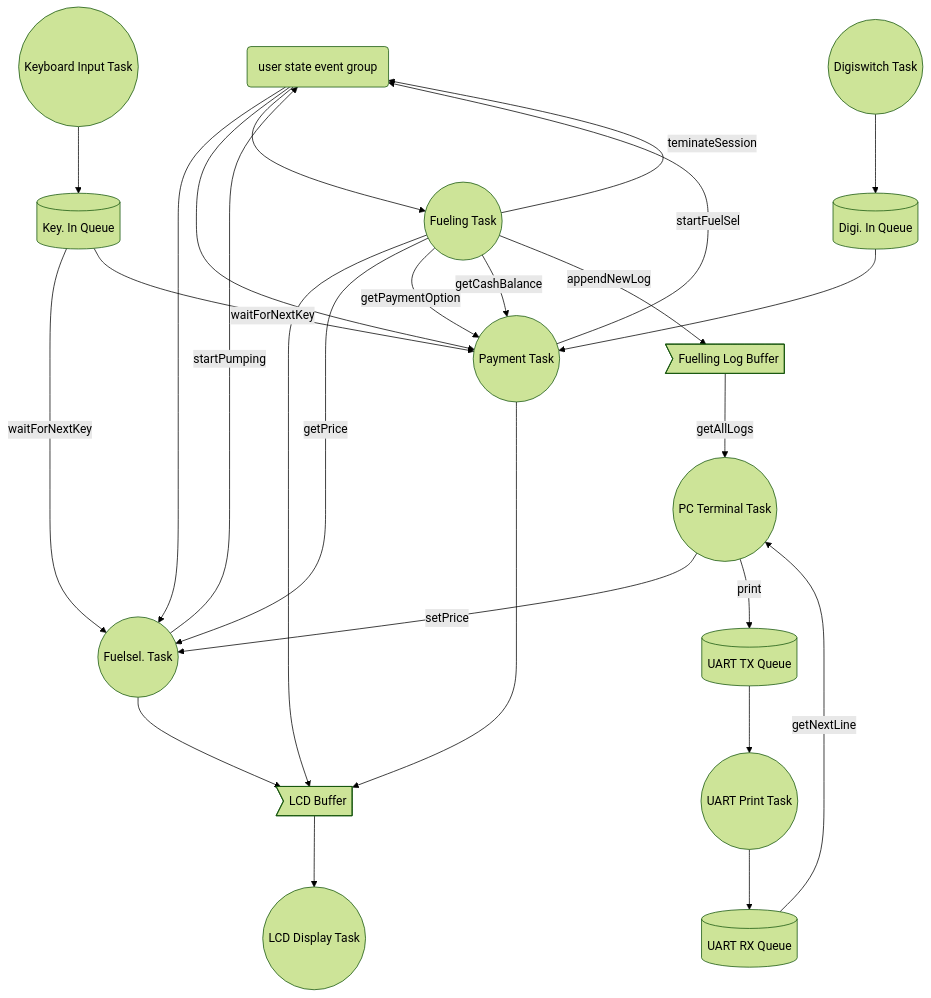
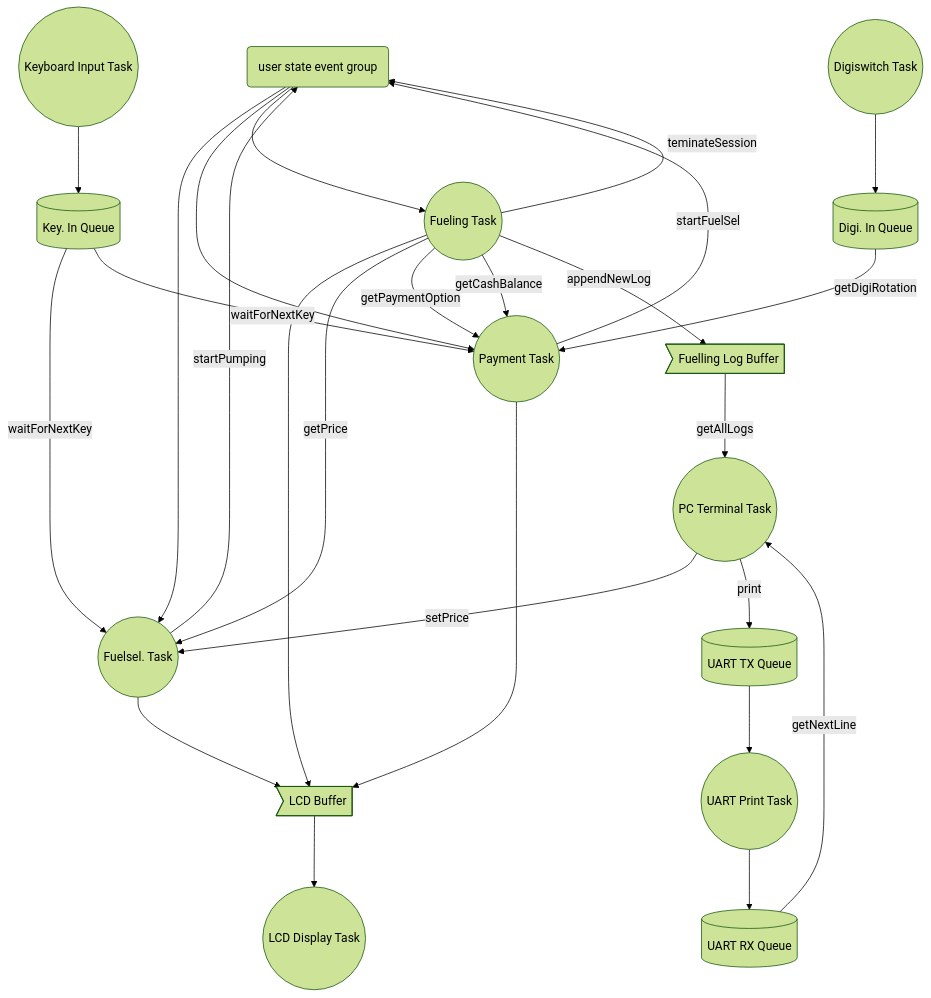
One commit to jjsanda/SDU-embedded-programming changed the diagram in README.md. Above: the diagram before and after it, drawn with Mermaid (forest theme).

````diff
--- a/README.md
+++ b/README.md
@@ -3,57 +3,57 @@
 ```mermaid
 graph TD
 
   gsEG(user state event group)
 
   pay((Payment Task))
   fuelsel((Fuelsel. Task))
   fueling((Fueling Task))
   lcd((LCD Display Task))
   keyboard((Keyboard Input Task))
   digi((Digiswitch Task))
   uart((UART Print Task))
   pc((PC Terminal Task))
   
   keyQ[(Key. In Queue)]
   digiQ[(Digi. In Queue)]
   rxQ[(UART RX Queue)]
   txQ[(UART TX Queue)]
 
   lcdB>LCD Buffer]
   logB>Fuelling Log Buffer]
 
 
   keyQ--waitForNextKey-->fuelsel
   gsEG-->fuelsel
   pc--setPrice-->fuelsel
   fuelsel-->lcdB
   fuelsel--startPumping-->gsEG
   
 
   uart-->rxQ
   rxQ--getNextLine-->pc
   pc--print-->txQ
   logB--getAllLogs-->pc
   txQ-->uart
 
   keyboard-->keyQ 
   keyQ--waitForNextKey-->pay
   gsEG-->pay
   digi-->digiQ
-  digiQ-->pay
+  digiQ--getDigiRotation-->pay
   pay-->lcdB
   pay--startFuelSel-->gsEG
 
 
 
   lcdB-->lcd
 
 
   gsEG-->fueling
   fueling-->lcdB
   fueling--getPrice-->fuelsel
   fueling--getPaymentOption-->pay
   fueling--getCashBalance-->pay
   fueling--teminateSession-->gsEG
   fueling--appendNewLog-->logB
 ```
````
